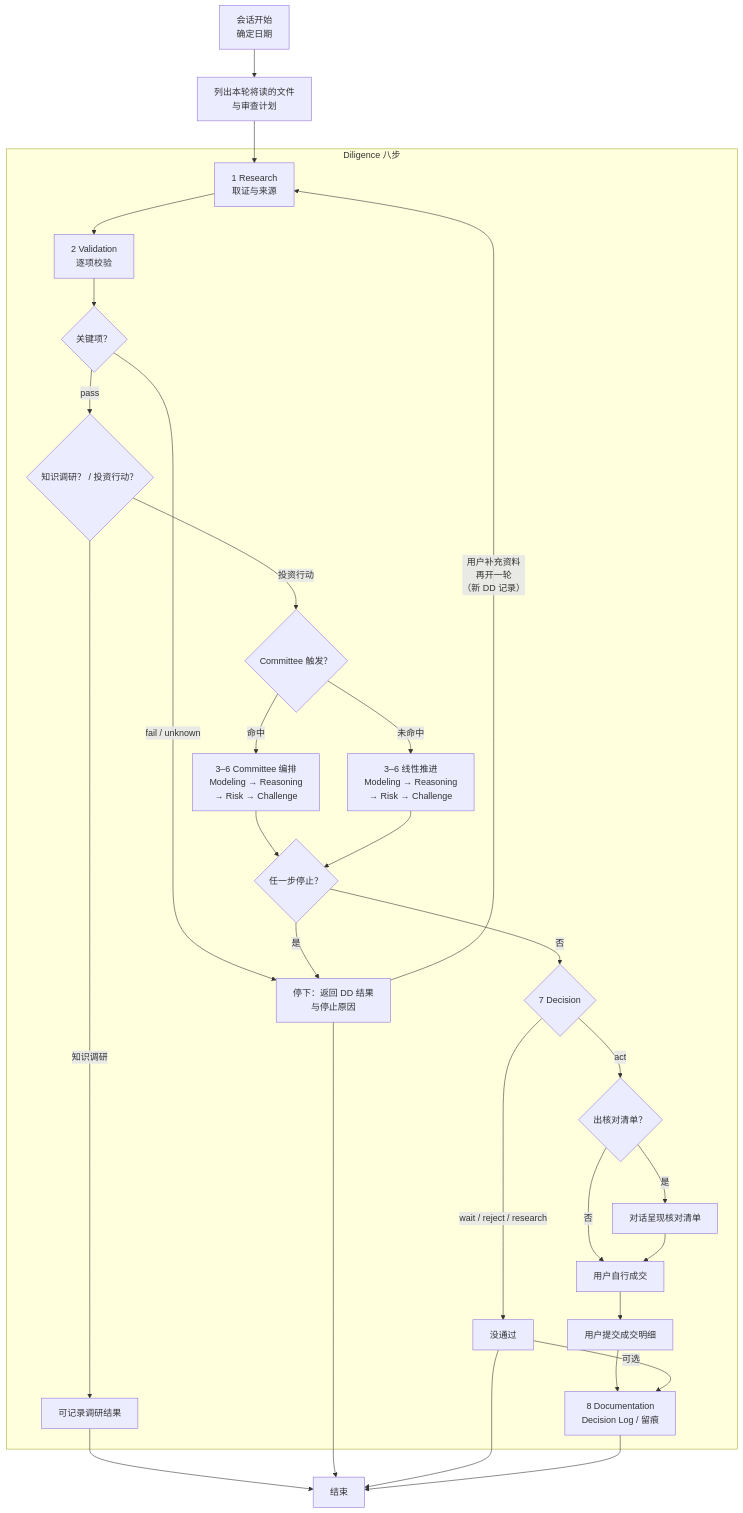
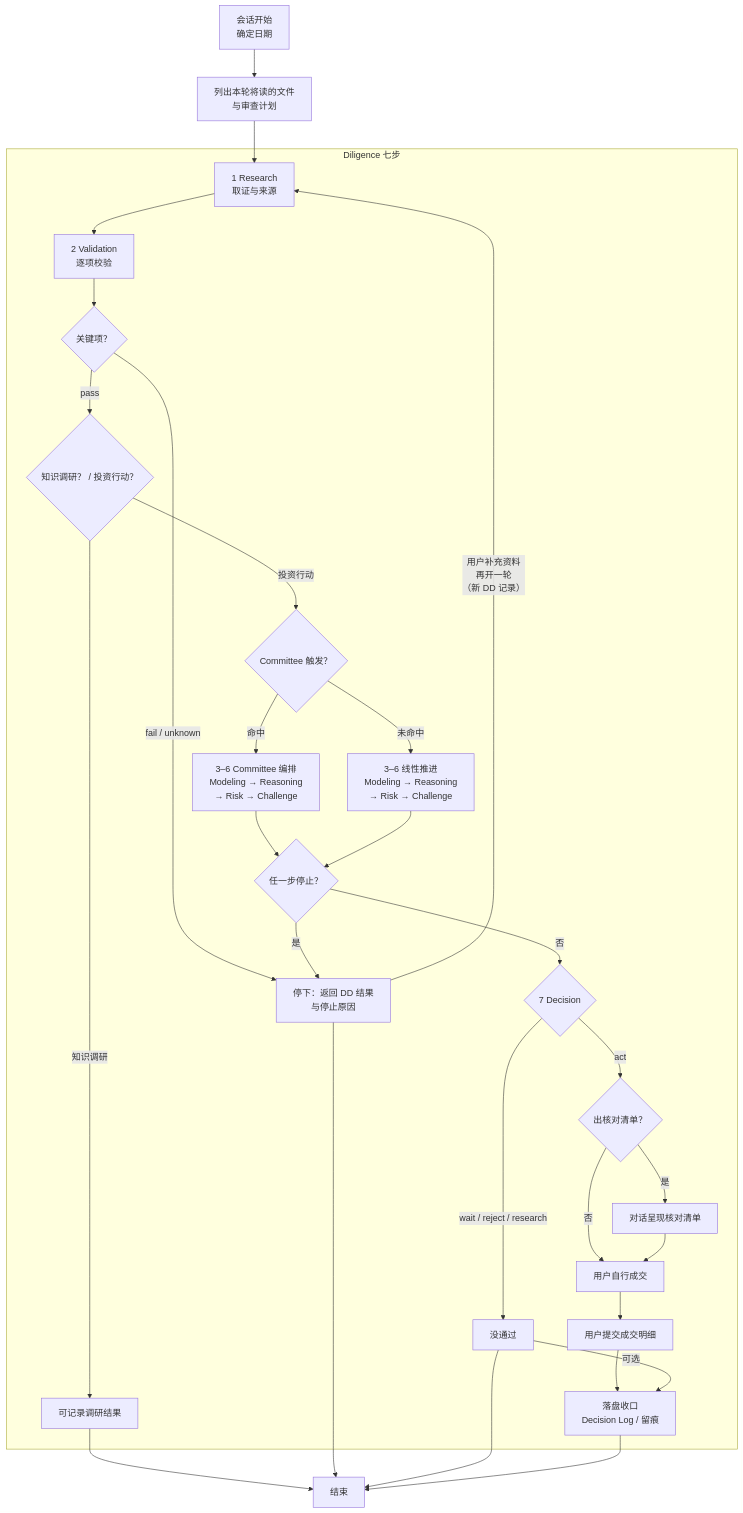
One commit to Meta11ic0/PIOS changed the diagram in ARCHITECTURE.md. Above: the diagram before and after it, drawn with Mermaid. The commit also changed other lines of this file and 18 other files, not shown here.

````diff
--- a/ARCHITECTURE.md
+++ b/ARCHITECTURE.md
@@ -108,34 +49,34 @@
 ```mermaid
 flowchart TD
  S["会话开始<br/>确定日期"] --> Plan["列出本轮将读的文件<br/>与审查计划"]
  Plan --> R["1 Research<br/>取证与来源"]
 
- subgraph RP["Diligence 八步"]
+ subgraph RP["Diligence 七步"]
   R --> V["2 Validation<br/>逐项校验"]
   V --> Check{"关键项？"}
   Check -->|fail / unknown| Stop
   Check -->|pass| Fork{"知识调研？ / 投资行动？"}
   Fork -->|知识调研| Done["可记录调研结果"]
   Fork -->|投资行动| C{"Committee 触发？"}
   C -->|命中| C36["3–6 Committee 编排<br/>Modeling → Reasoning<br/>→ Risk → Challenge"]
   C -->|未命中| L36["3–6 线性推进<br/>Modeling → Reasoning<br/> → Risk → Challenge"]
   C36 --> Mid{"任一步停止？"}
   L36 --> Mid
   Mid -->|是| Stop["停下：返回 DD 结果<br/>与停止原因"]
   Mid -->|否| DC{"7 Decision"}
   DC -->|wait / reject / research| ED["没通过"]
   DC -->|act| CL{"出核对清单？"}
   CL -->|是| LI["对话呈现核对清单"]
   CL -->|否| BK["用户自行成交"]
   LI --> BK
   BK --> WB["用户提交成交明细"]
-  WB --> Doc8["8 Documentation<br/>Decision Log / 留痕"]
+  WB --> Doc["落盘收口<br/>Decision Log / 留痕"]
   Stop -->|"用户补充资料<br/>再开一轮<br/>（新 DD 记录）"|R
-  ED --> |可选|Doc8
+  ED --> |可选|Doc
  end
 
  Done -->End["结束"]
  Stop -->End
  ED --> End
- Doc8 --> End
+ Doc --> End
 ```
````
